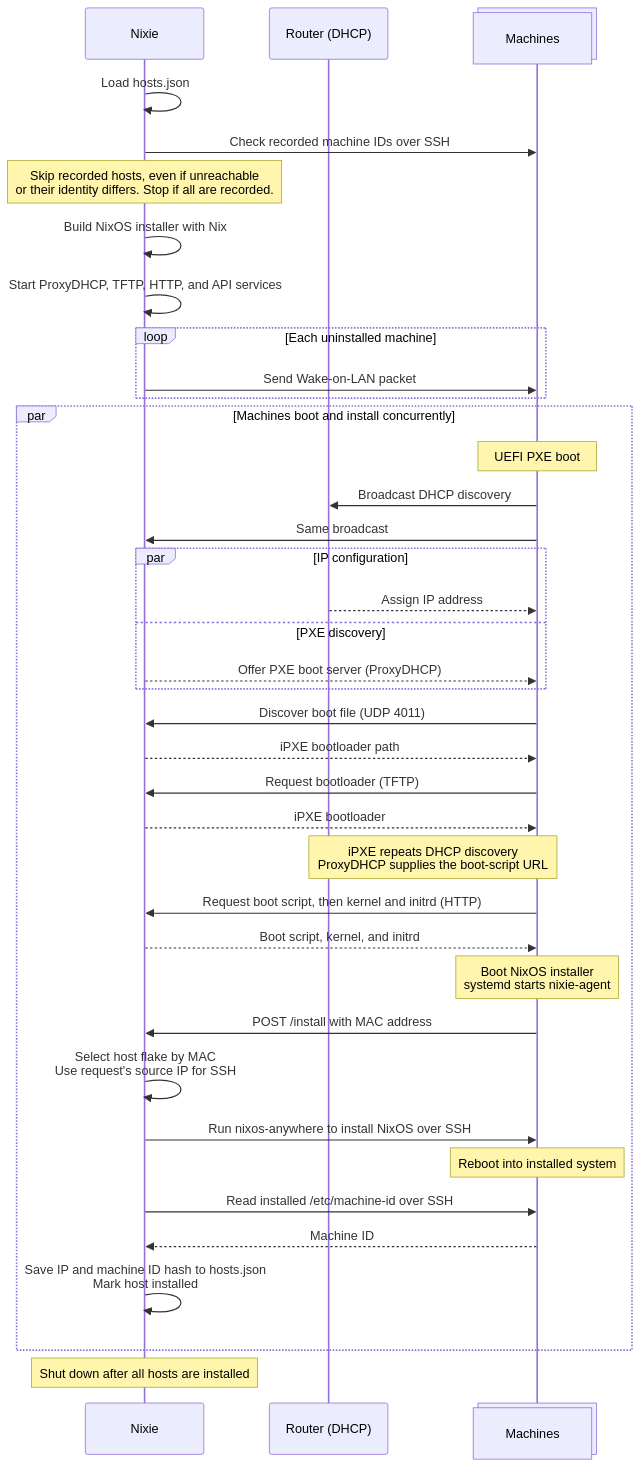
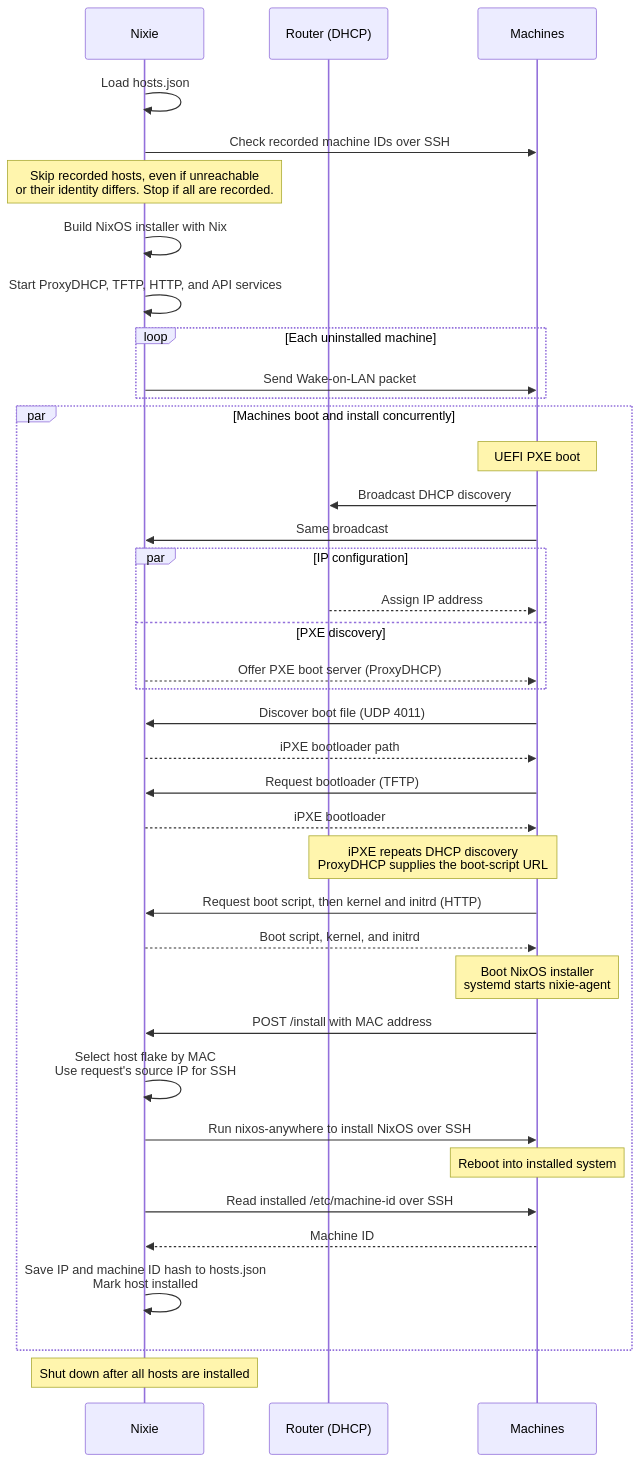
One commit to khuedoan/homelab changed the diagram in docs/concepts/pxe-boot.md. Above: the diagram before and after it, drawn with Mermaid. The commit also changed 28 other files, not shown here.

````diff
--- a/docs/concepts/pxe-boot.md
+++ b/docs/concepts/pxe-boot.md
@@ -3,46 +3,46 @@
 ```mermaid
 sequenceDiagram
     participant Nixie
     participant Router as Router (DHCP)
-    participant Machines@{ "type" : "collections" }
+    participant Machines
 
     Nixie->>Nixie: Load hosts.json
     Nixie->>Machines: Check recorded machine IDs over SSH
     Note over Nixie: Skip recorded hosts, even if unreachable<br/>or their identity differs. Stop if all are recorded.
 
     Nixie->>Nixie: Build NixOS installer with Nix
     Nixie->>Nixie: Start ProxyDHCP, TFTP, HTTP, and API services
     loop Each uninstalled machine
         Nixie->>Machines: Send Wake-on-LAN packet
     end
 
     par Machines boot and install concurrently
         Note over Machines: UEFI PXE boot
         Machines->>Router: Broadcast DHCP discovery
         Machines->>Nixie: Same broadcast
         par IP configuration
             Router-->>Machines: Assign IP address
         and PXE discovery
             Nixie-->>Machines: Offer PXE boot server (ProxyDHCP)
         end
         Machines->>Nixie: Discover boot file (UDP 4011)
         Nixie-->>Machines: iPXE bootloader path
         Machines->>Nixie: Request bootloader (TFTP)
         Nixie-->>Machines: iPXE bootloader
 
         Note over Router,Machines: iPXE repeats DHCP discovery<br/>ProxyDHCP supplies the boot-script URL
         Machines->>Nixie: Request boot script, then kernel and initrd (HTTP)
         Nixie-->>Machines: Boot script, kernel, and initrd
         Note over Machines: Boot NixOS installer<br/>systemd starts nixie-agent
 
         Machines->>Nixie: POST /install with MAC address
         Nixie->>Nixie: Select host flake by MAC<br/>Use request's source IP for SSH
         Nixie->>Machines: Run nixos-anywhere to install NixOS over SSH
         Note over Machines: Reboot into installed system
         Nixie->>Machines: Read installed /etc/machine-id over SSH
         Machines-->>Nixie: Machine ID
         Nixie->>Nixie: Save IP and machine ID hash to hosts.json<br/>Mark host installed
     end
 
     Note over Nixie: Shut down after all hosts are installed
 ```
````
